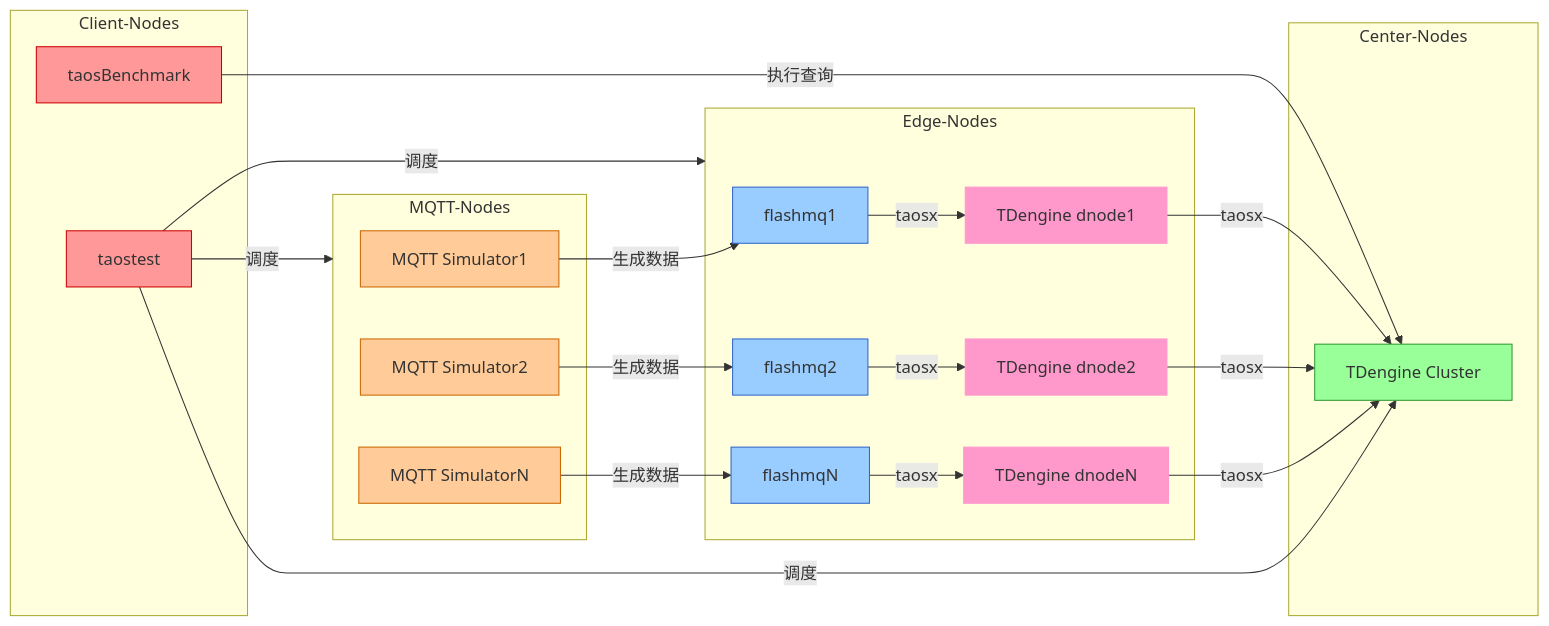
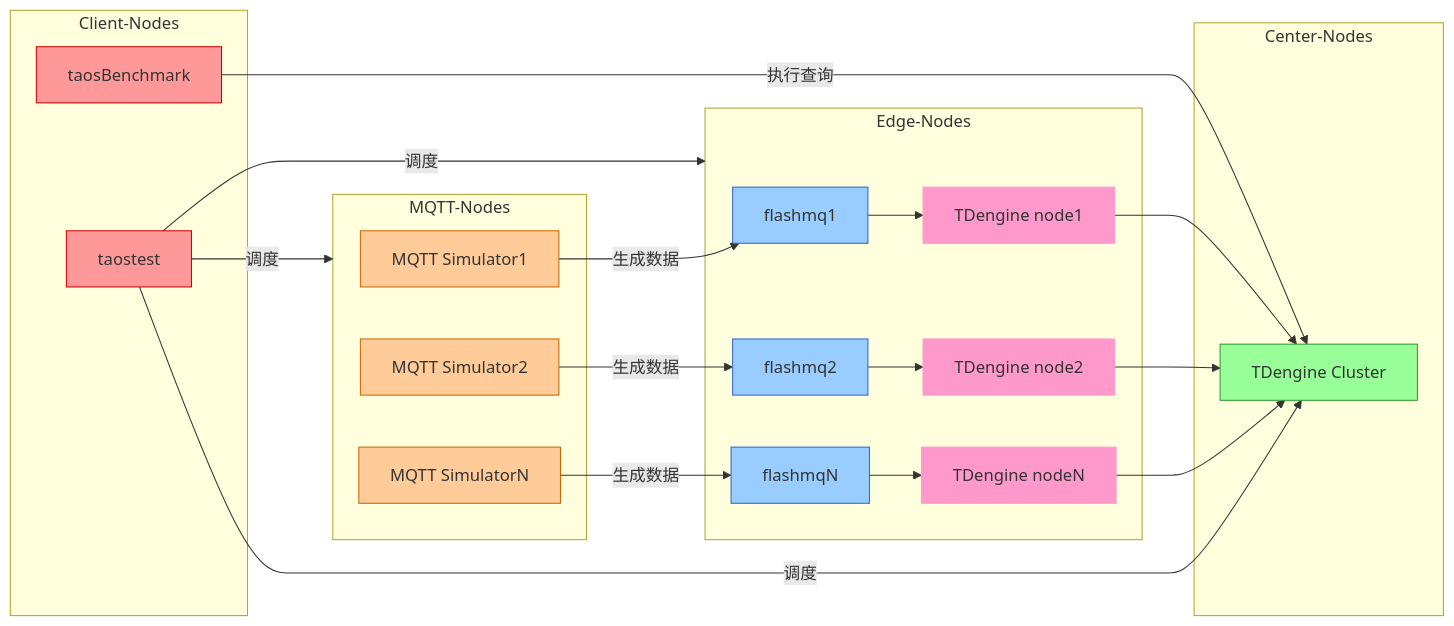
The second of 2 diagrams in README.md (taosdata/ems), drawn with Mermaid before and after one commit. The commit also changed other lines of this file and 1 other file, not shown here.

Commit message:
enh: modify readme

````diff
--- a/README.md
+++ b/README.md
@@ -67,57 +71,57 @@
 ```mermaid
 graph LR
   subgraph MQTT-Nodes
     A1[MQTT Simulator1]
     A2[MQTT Simulator2]
     AN[MQTT SimulatorN]
   end
 
   subgraph Edge-Nodes
     B1[flashmq1]
-    C1[TDengine dnode1]
+    C1[TDengine node1]
     B2[flashmq2]
-    C2[TDengine dnode2]
+    C2[TDengine node2]
     BN[flashmqN]
-    CN[TDengine dnodeN]
+    CN[TDengine nodeN]
   end
 
   subgraph Center-Nodes
     E[TDengine Cluster]
   end
 
   subgraph Client-Nodes
     J[taosBenchmark]
     H[taostest]
   end
 
   A1 -->|生成数据| B1
   A2 -->|生成数据| B2
   AN -->|生成数据| BN
 
-  B1 -->|taosx| C1
-  B2 -->|taosx| C2
-  BN -->|taosx| CN
+  B1 --> C1
+  B2 --> C2
+  BN --> CN
 
-  C1 -->|taosx| E
-  C2 -->|taosx| E
-  CN -->|taosx| E
+  C1 --> E
+  C2 --> E
+  CN --> E
 
   J -->|执行查询| E
 
   H -->|调度| MQTT-Nodes
   H -->|调度| Edge-Nodes
   H -->|调度| E
 
   style A1 fill:#ffcc99,stroke:#cc6600
   style A2 fill:#ffcc99,stroke:#cc6600
   style AN fill:#ffcc99,stroke:#cc6600
   style B1 fill:#99ccff,stroke:#3366cc
   style B2 fill:#99ccff,stroke:#3366cc
   style BN fill:#99ccff,stroke:#3366cc
   style C1 fill:#ff99cc,stroke:#ff99cc
   style C2 fill:#ff99cc,stroke:#ff99cc
   style CN fill:#ff99cc,stroke:#ff99cc
   style E fill:#99ff99,stroke:#339933
   style J fill:#ff9999,stroke:#cc0000
   style H fill:#ff9999,stroke:#cc0000
 ```
````
